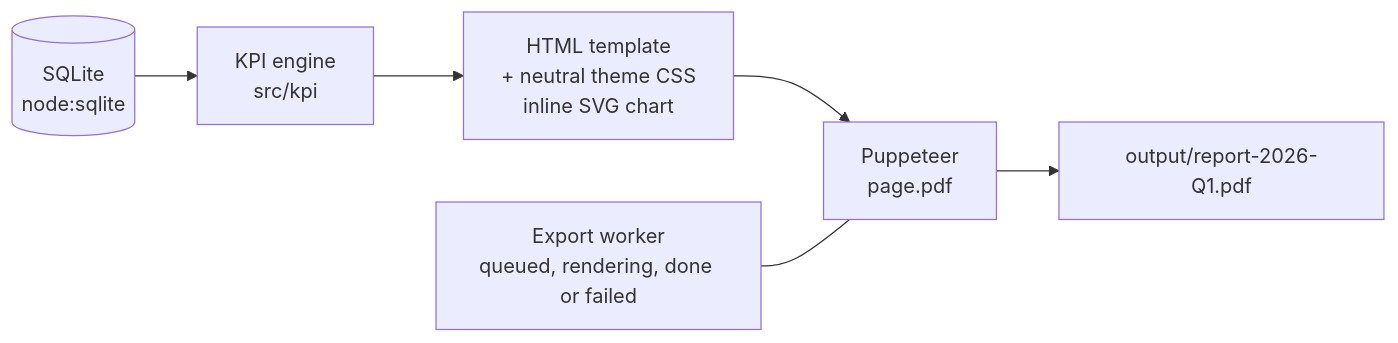
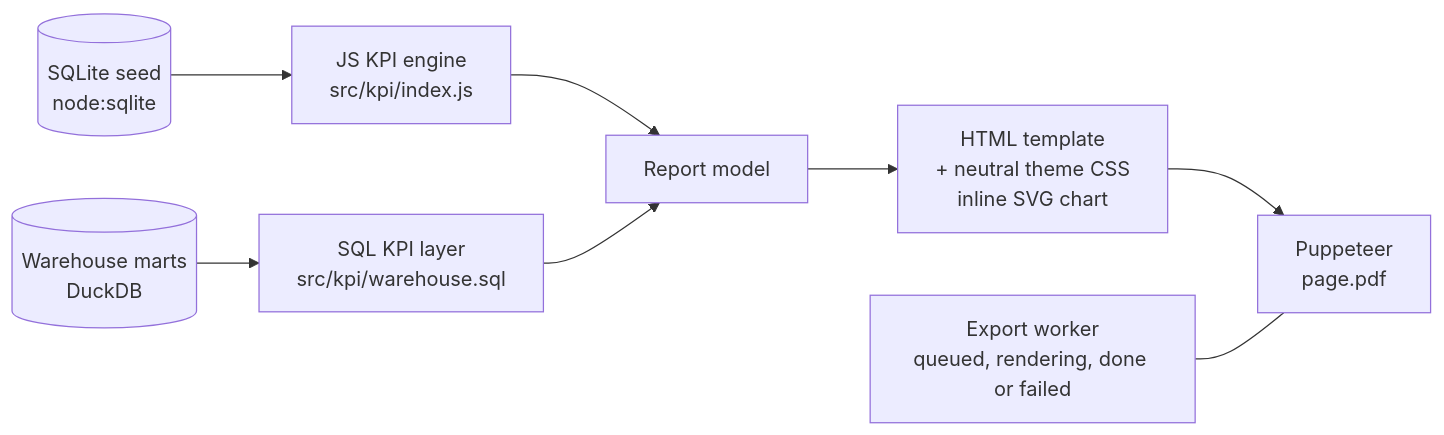
One commit to abdalrahmnamo-svg/automated-pdf-reporting changed the second of 2 diagrams in README.md. Above: the diagram before and after it, drawn with Mermaid. The commit also changed other lines of this file and 19 other files, not shown here.

First line of the commit message:
Read KPIs from the warehouse marts; QA pass mark 90

````diff
--- a/README.md
+++ b/README.md
@@ -9,8 +81,10 @@
 ```mermaid
 flowchart LR
-  DB[(SQLite<br/>node:sqlite)] --> KPI[KPI engine<br/>src/kpi]
-  KPI --> HTML[HTML template<br/>+ neutral theme CSS<br/>inline SVG chart]
+  S1[(SQLite seed<br/>node:sqlite)] --> KPI[JS KPI engine<br/>src/kpi/index.js]
+  S2[(Warehouse marts<br/>DuckDB)] --> SQL[SQL KPI layer<br/>src/kpi/warehouse.sql]
+  KPI --> MODEL[Report model]
+  SQL --> MODEL
+  MODEL --> HTML[HTML template<br/>+ neutral theme CSS<br/>inline SVG chart]
   HTML --> PPT[Puppeteer<br/>page.pdf]
-  PPT --> PDF[output/report-2026-Q1.pdf]
   W["Export worker<br/>queued, rendering, done or failed"] --- PPT
 ```
````
